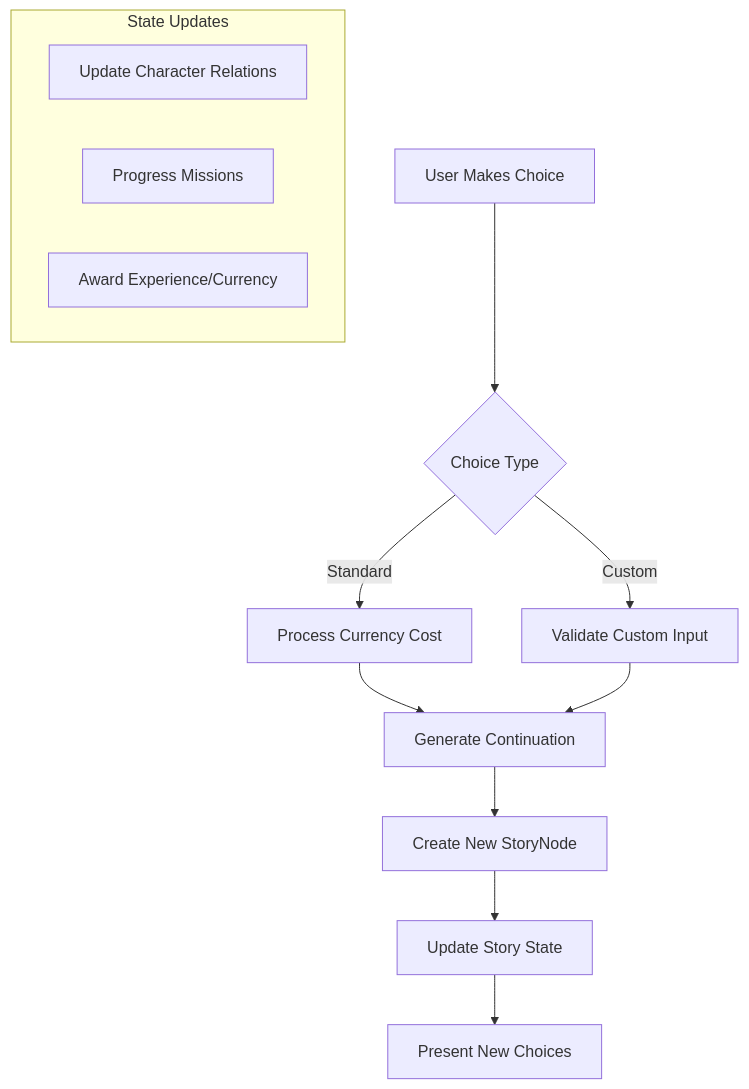
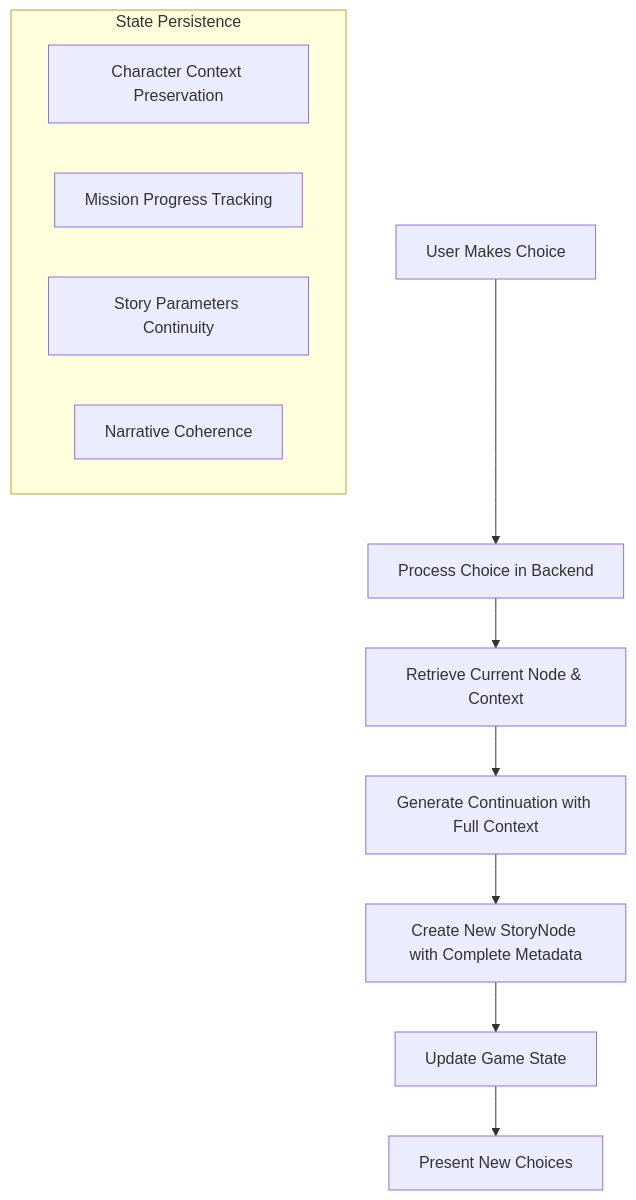
Before and after one commit to 82deutschmark/Spy-Story1: the second of 2 diagrams in docs/story_flow.md, drawn with Mermaid. The commit also changed other lines of this file and 21 other files, not shown here.

````diff
--- a/docs/story_flow.md
+++ b/docs/story_flow.md
@@ -25,19 +29,16 @@
 ```mermaid
 graph TD
-    A[User Makes Choice] --> B{Choice Type}
-    B -->|Standard| C[Process Currency Cost]
-    B -->|Custom| D[Validate Custom Input]
-    
-    C --> E[Generate Continuation]
-    D --> E
-    
-    E --> F[Create New StoryNode]
-    F --> G[Update Story State]
-    G --> H[Present New Choices]
+    A[User Makes Choice] --> B[Process Choice in Backend]
+    B --> C[Retrieve Current Node & Context]
+    C --> D[Generate Continuation with Full Context]
+    D --> E[Create New StoryNode with Complete Metadata]
+    E --> F[Update Game State]
+    F --> G[Present New Choices]
 
-    subgraph State Updates
-        I[Update Character Relations]
-        J[Progress Missions]
-        K[Award Experience/Currency]
+    subgraph State Persistence
+        H[Character Context Preservation]
+        I[Mission Progress Tracking]
+        J[Story Parameters Continuity]
+        K[Narrative Coherence]
     end
 ```
````
